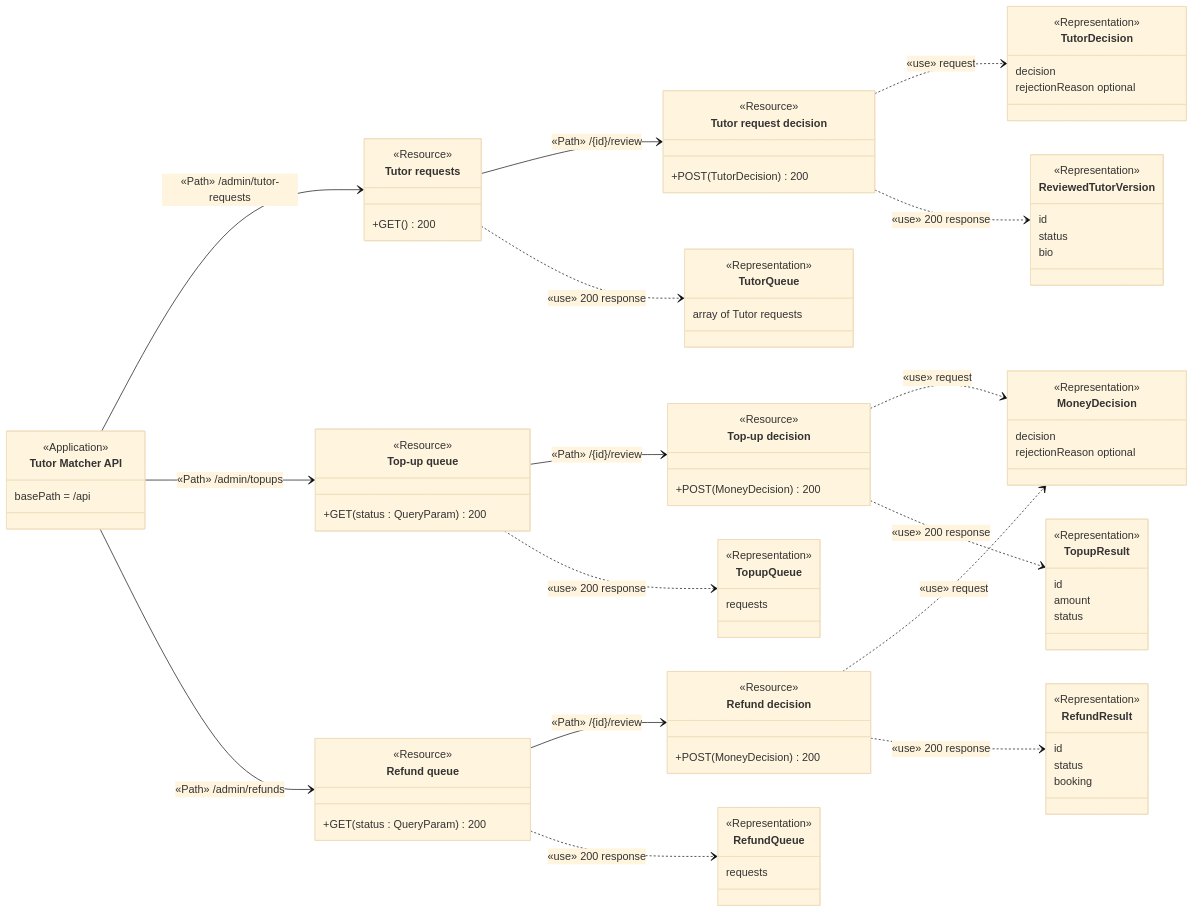
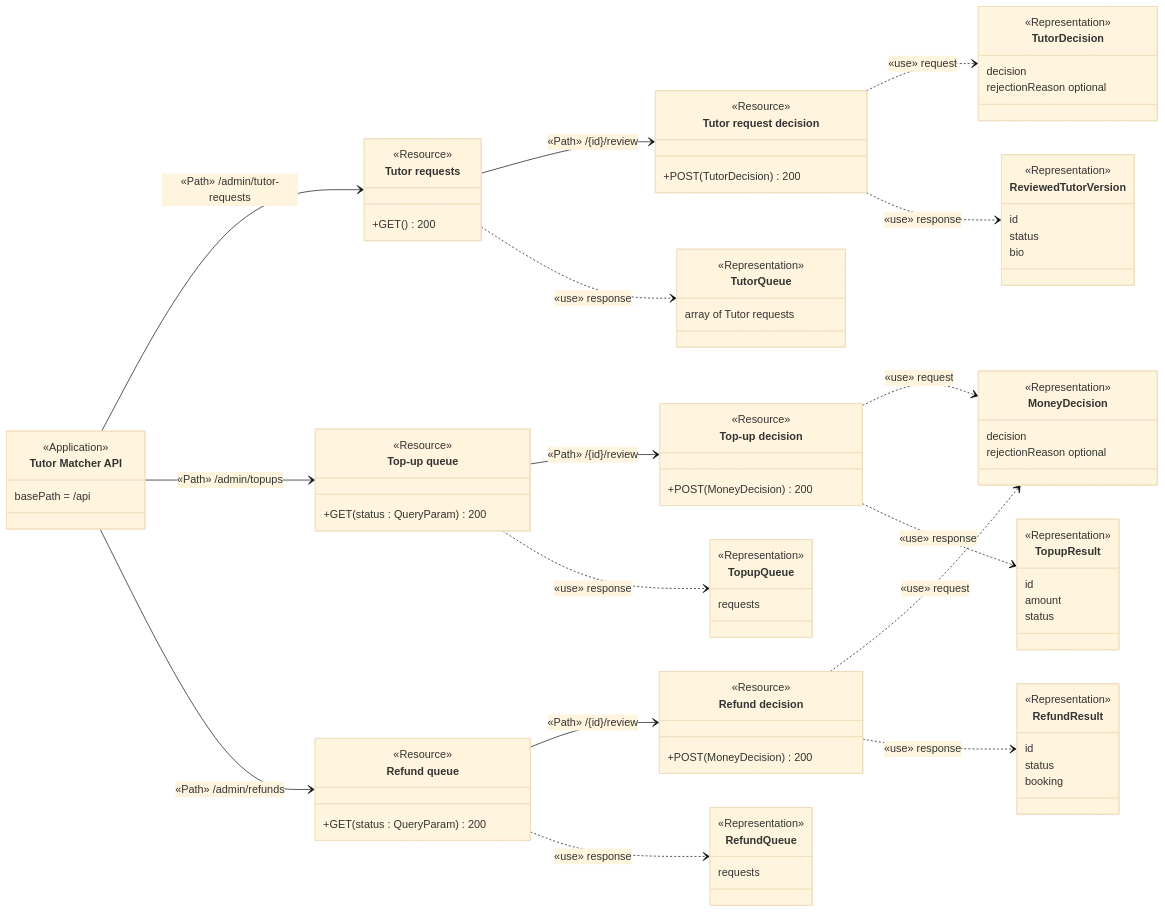
Diagram 14 of 15 in docs/api-diagram.md (Azther0z/tutor-matcher), drawn with Mermaid (base theme) before and after one commit. The commit also changed other lines of this file, not shown here.

````diff
--- a/docs/api-diagram.md
+++ b/docs/api-diagram.md
@@ -1173,13 +1173,13 @@
   Topups --> TopupReview : «Path» /{id}/review
   API --> Refunds : «Path» /admin/refunds
   Refunds --> RefundReview : «Path» /{id}/review
-  TutorRequests ..> TutorQueue : «use» 200 response
+  TutorRequests ..> TutorQueue : «use» response
   TutorReview ..> TutorDecision : «use» request
-  TutorReview ..> ReviewedTutorVersion : «use» 200 response
-  Topups ..> TopupQueue : «use» 200 response
+  TutorReview ..> ReviewedTutorVersion : «use» response
+  Topups ..> TopupQueue : «use» response
   TopupReview ..> MoneyDecision : «use» request
-  TopupReview ..> TopupResult : «use» 200 response
-  Refunds ..> RefundQueue : «use» 200 response
+  TopupReview ..> TopupResult : «use» response
+  Refunds ..> RefundQueue : «use» response
   RefundReview ..> MoneyDecision : «use» request
-  RefundReview ..> RefundResult : «use» 200 response
+  RefundReview ..> RefundResult : «use» response
 ```
````
